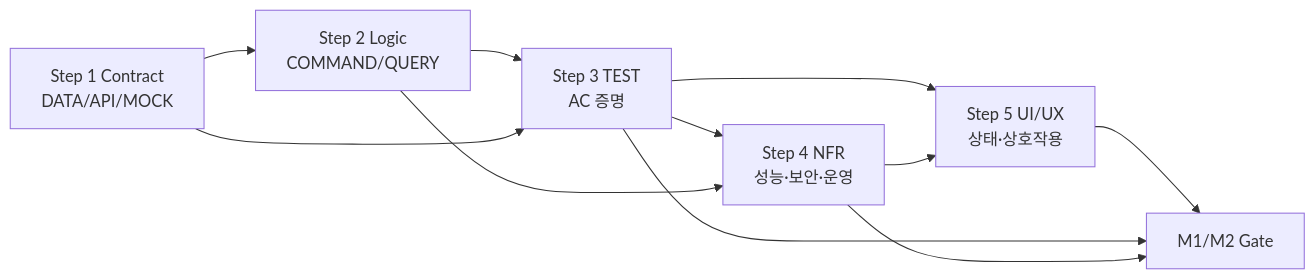
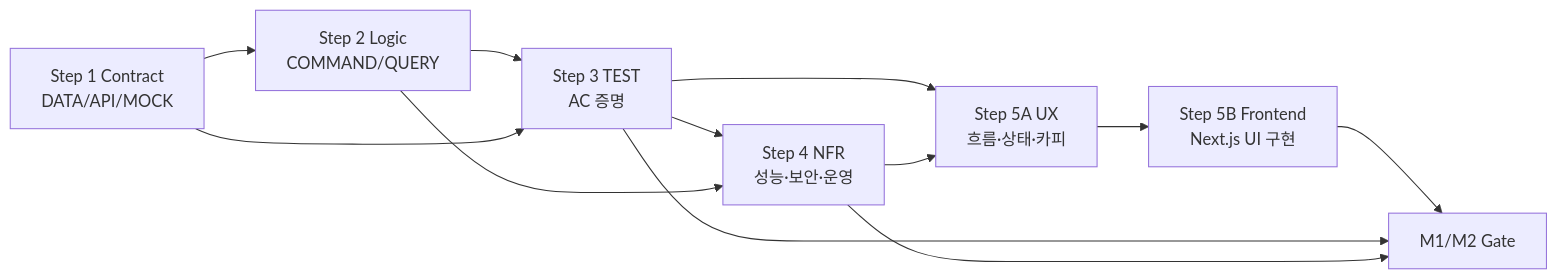
Before and after one commit to jennie-brain/CardFit-prd-to-srs: the diagram in TASK/STEP4_전체_TASK_의존성_매트릭스.md, drawn with Mermaid. The commit also changed other lines of this file and 33 other files, not shown here.

````diff
--- a/TASK/STEP4_전체_TASK_의존성_매트릭스.md
+++ b/TASK/STEP4_전체_TASK_의존성_매트릭스.md
@@ -9,13 +9,14 @@
 ```mermaid
 flowchart LR
   C["Step 1 Contract<br/>DATA/API/MOCK"] --> L["Step 2 Logic<br/>COMMAND/QUERY"]
   L --> T["Step 3 TEST<br/>AC 증명"]
   C --> T
   T --> N["Step 4 NFR<br/>성능·보안·운영"]
   L --> N
-  T --> U["Step 5 UI/UX<br/>상태·상호작용"]
-  N --> U
+  T --> X["Step 5A UX<br/>흐름·상태·카피"]
+  N --> X
+  X --> U["Step 5B Frontend<br/>Next.js UI 구현"]
   U --> G["M1/M2 Gate"]
   T --> G
   N --> G
 ```
````
